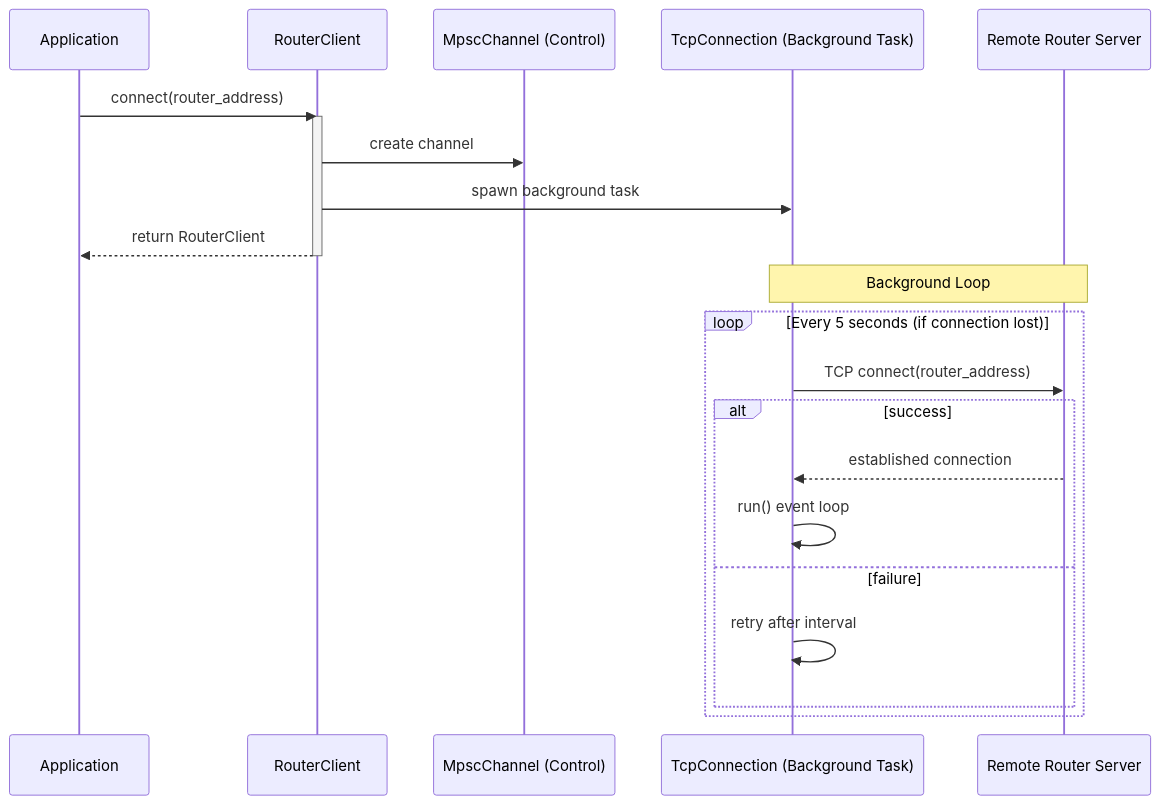
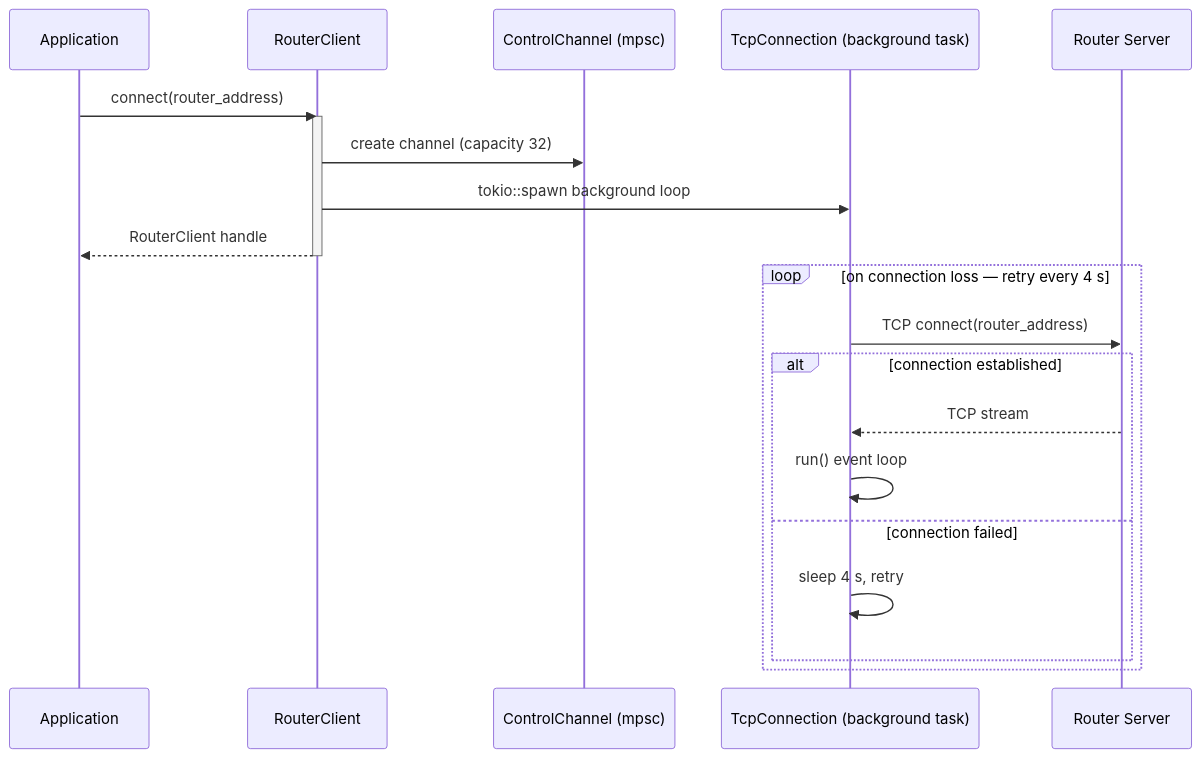
Before and after one commit to js-lib-rust/jarvis: the second of 5 diagrams in docs/router.md, drawn with Mermaid. The commit also changed other lines of this file, not shown here.

Commit message:
docs(router): rewrite router.md with updated class diagram, full sequence diagrams and wire protocol

````diff
--- a/docs/router.md
+++ b/docs/router.md
@@ -79,26 +112,25 @@
 ```mermaid
 sequenceDiagram
     participant App as Application
     participant Client as RouterClient
-    participant Mpsc as MpscChannel (Control)
-    participant Manager as TcpConnection (Background Task)
-    participant Server as Remote Router Server
+    participant CC as ControlChannel (mpsc)
+    participant Manager as TcpConnection (background task)
+    participant Server as Router Server
 
     App->>Client: connect(router_address)
     activate Client
-    Client->>Mpsc: create channel
-    Client->>Manager: spawn background task
-    Client-->>App: return RouterClient
+    Client->>CC: create channel (capacity 32)
+    Client->>Manager: tokio::spawn background loop
+    Client-->>App: RouterClient handle
     deactivate Client
 
-    Note over Manager, Server: Background Loop
-    loop Every 5 seconds (if connection lost)
+    loop on connection loss — retry every 4 s
         Manager->>Server: TCP connect(router_address)
-        alt success
-            Server-->>Manager: established connection
+        alt connection established
+            Server-->>Manager: TCP stream
             Manager->>Manager: run() event loop
-        else failure
-            Manager->>Manager: retry after interval
+        else connection failed
+            Manager->>Manager: sleep 4 s, retry
         end
     end
 ```
````
